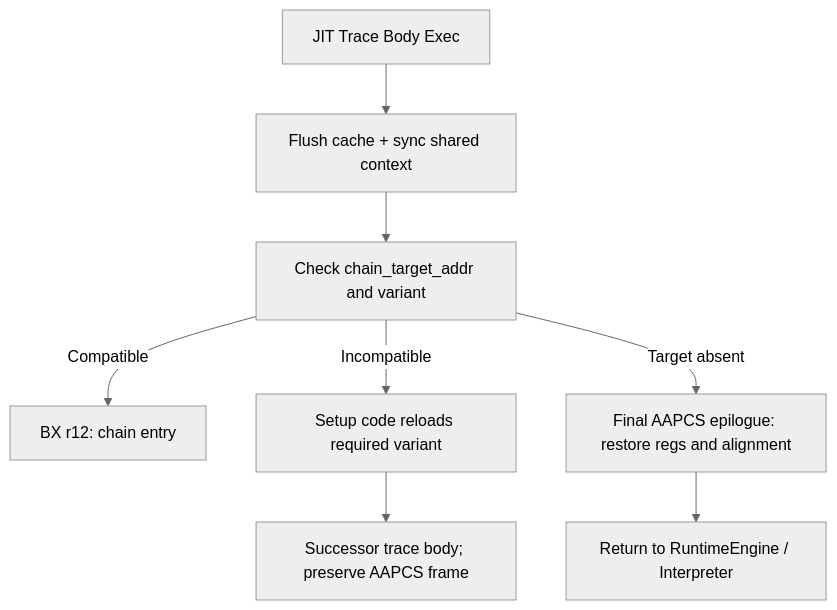
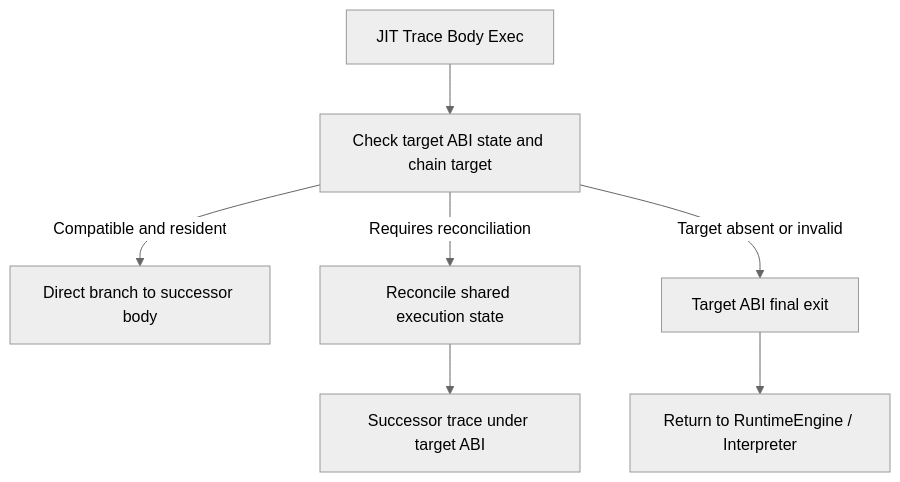
One commit to kmt-t/fireball changed the second of 5 diagrams in docs/components/tier3_jit/jit_compiler.md. Above: the diagram before and after it, drawn with Mermaid (neutral theme). The commit also changed other lines of this file and 26 other files, not shown here.

Commit message:
Clarify runtime and JIT ABI contracts

````diff
--- a/docs/components/tier3_jit/jit_compiler.md
+++ b/docs/components/tier3_jit/jit_compiler.md
@@ -302,10 +278,9 @@
 ```mermaid
 flowchart TD
-    JITTrace[JIT Trace Body Exec] --> ChainEpilogue[Flush cache + sync shared context]
-    ChainEpilogue --> CheckHdr[Check chain_target_addr and variant]
-    CheckHdr -->|Compatible| DirectBranch[BX r12: chain entry]
-    CheckHdr -->|Incompatible| Setup[Setup code reloads required variant]
-    Setup --> NextTrace[Successor trace body; preserve AAPCS frame]
-    CheckHdr -->|Target absent| ExitEpilogue[Final AAPCS epilogue: restore regs and alignment]
+    JITTrace[JIT Trace Body Exec] --> CheckState[Check target ABI state and chain target]
+    CheckState -->|Compatible and resident| DirectBranch[Direct branch to successor body]
+    CheckState -->|Requires reconciliation| Setup[Reconcile shared execution state]
+    Setup --> NextTrace[Successor trace under target ABI]
+    CheckState -->|Target absent or invalid| ExitEpilogue[Target ABI final exit]
     ExitEpilogue --> InterpLoop[Return to RuntimeEngine / Interpreter]
 ```
````
